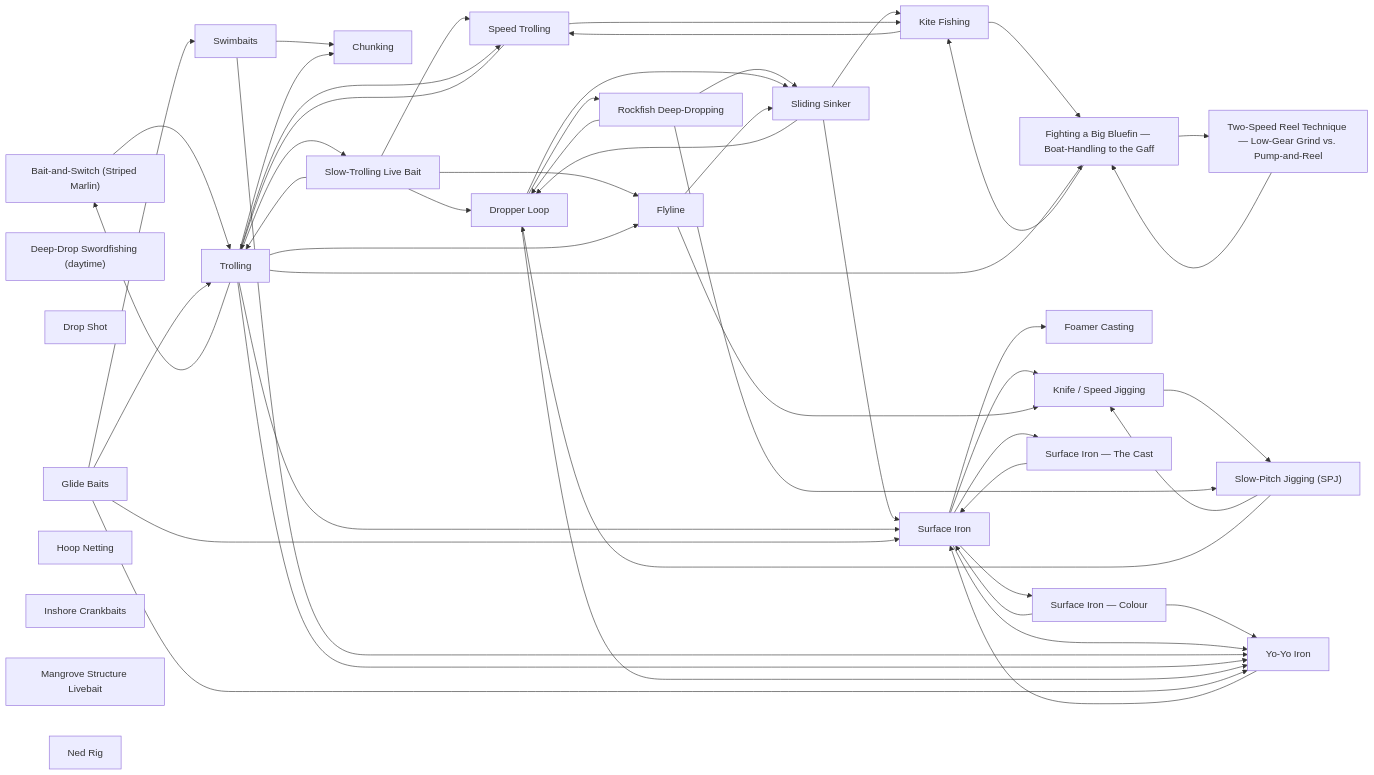
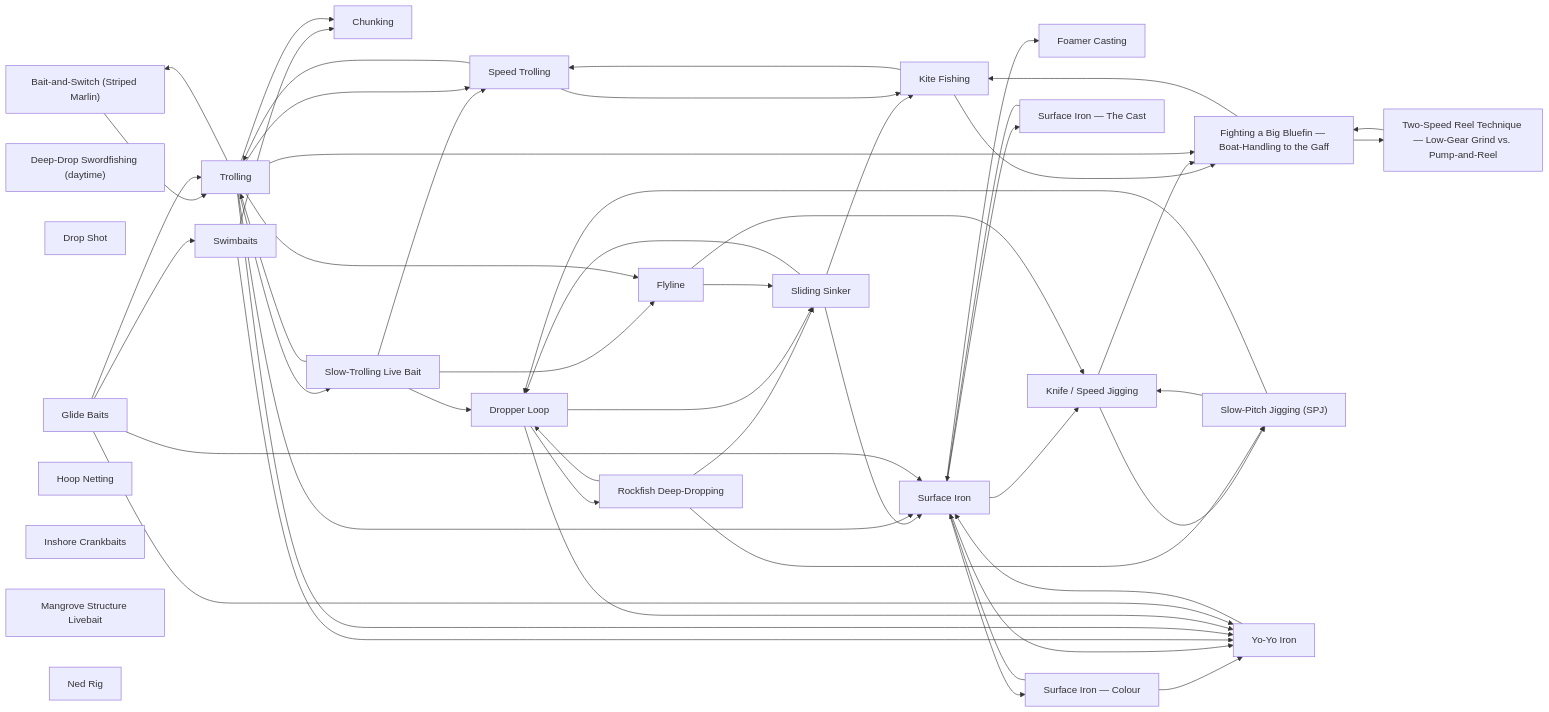
The diagram in techniques/README.md (camchuckpete-max/Socal-Fishing-Knowledge), drawn with Mermaid before and after one commit. The commit also changed 7 other files, not shown here.

````diff
--- a/techniques/README.md
+++ b/techniques/README.md
@@ -40,79 +40,80 @@
 ```mermaid
 graph LR
   n0["Bait-and-Switch (Striped Marlin)"]
   n1["Chunking"]
   n2["Deep-Drop Swordfishing (daytime)"]
   n3["Drop Shot"]
   n4["Dropper Loop"]
   n5["Fighting a Big Bluefin — Boat-Handling to the Gaff"]
   n6["Flyline"]
   n7["Foamer Casting"]
   n8["Glide Baits"]
   n9["Hoop Netting"]
   n10["Inshore Crankbaits"]
   n11["Kite Fishing"]
   n12["Knife / Speed Jigging"]
   n13["Mangrove Structure Livebait"]
   n14["Ned Rig"]
   n15["Rockfish Deep-Dropping"]
   n16["Sliding Sinker"]
   n17["Slow-Pitch Jigging (SPJ)"]
   n18["Slow-Trolling Live Bait"]
   n19["Speed Trolling"]
   n20["Surface Iron — The Cast"]
   n21["Surface Iron — Colour"]
   n22["Surface Iron"]
   n23["Swimbaits"]
   n24["Trolling"]
   n25["Two-Speed Reel Technique — Low-Gear Grind vs. Pump-and-Reel"]
   n26["Yo-Yo Iron"]
   n0 --> n24
   n11 --> n19
   n11 --> n5
   n12 --> n17
+  n12 --> n5
   n15 --> n16
   n15 --> n17
   n15 --> n4
   n16 --> n11
   n16 --> n22
   n16 --> n4
   n17 --> n12
   n17 --> n4
   n18 --> n19
   n18 --> n24
   n18 --> n4
   n18 --> n6
   n19 --> n11
   n19 --> n24
   n20 --> n22
   n21 --> n22
   n21 --> n26
   n22 --> n12
   n22 --> n20
   n22 --> n21
   n22 --> n26
   n22 --> n7
   n23 --> n1
   n23 --> n26
   n24 --> n0
   n24 --> n1
   n24 --> n18
   n24 --> n19
   n24 --> n22
   n24 --> n26
   n24 --> n5
   n24 --> n6
   n25 --> n5
   n26 --> n22
   n4 --> n15
   n4 --> n16
   n4 --> n26
   n5 --> n11
   n5 --> n25
   n6 --> n12
   n6 --> n16
   n8 --> n22
   n8 --> n23
   n8 --> n24
   n8 --> n26
 ```
````
